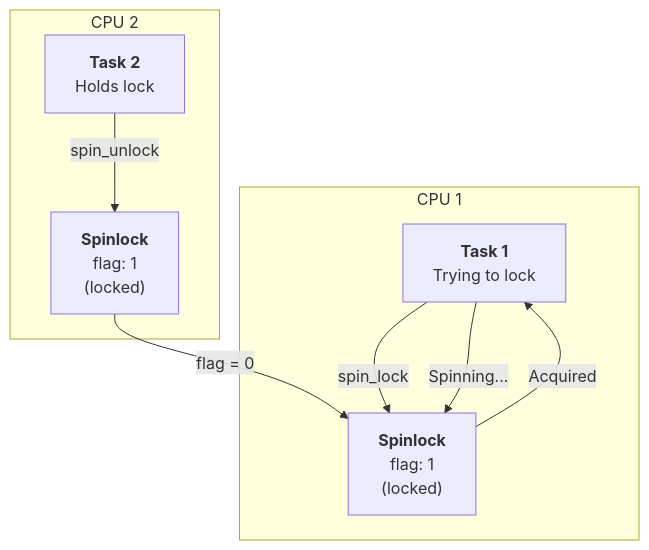
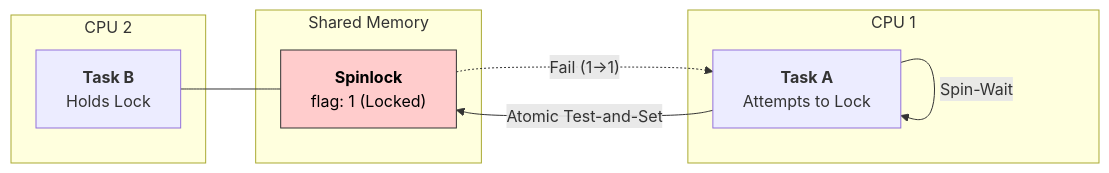
One commit to sabarioded/soRTOS changed the second of 2 diagrams in docs/kernel/spinlock.md. Above: the diagram before and after it, drawn with Mermaid. The commit also changed other lines of this file and 116 other files, not shown here.

````diff
--- a/docs/kernel/spinlock.md
+++ b/docs/kernel/spinlock.md
@@ -50,18 +66,21 @@
 ```mermaid
-graph TD
-    subgraph CPU1[CPU 1]
-        Task1["<b>Task 1</b><br/>Trying to lock"]
-        Lock1["<b>Spinlock</b><br/>flag: 1<br/>(locked)"]
+graph LR
+    subgraph CPU2[CPU 2]
+        TaskB["<b>Task B</b><br/>Holds Lock"]
     end
 
-    subgraph CPU2[CPU 2]
-        Task2["<b>Task 2</b><br/>Holds lock"]
-        Lock2["<b>Spinlock</b><br/>flag: 1<br/>(locked)"]
+    subgraph SharedMemory[Shared Memory]
+        Spinlock["<b>Spinlock</b><br/>flag: 1 (Locked)"]
     end
 
-    Task1 -->|spin_lock| Lock1
-    Task1 -->|Spinning...| Lock1
-    Task2 -->|spin_unlock| Lock2
-    Lock2 -->|flag = 0| Lock1
-    Lock1 -->|Acquired| Task1
+    subgraph CPU1[CPU 1]
+        TaskA["<b>Task A</b><br/>Attempts to Lock"]
+    end
+
+    TaskB --- Spinlock
+    TaskA -- "Atomic Test-and-Set" --> Spinlock
+    Spinlock -.-> |"Fail (1->1)"| TaskA
+    TaskA -- "Spin-Wait" --> TaskA
+    
+    style Spinlock fill:#ffcccc,stroke:#333,color:black
 ```
````
